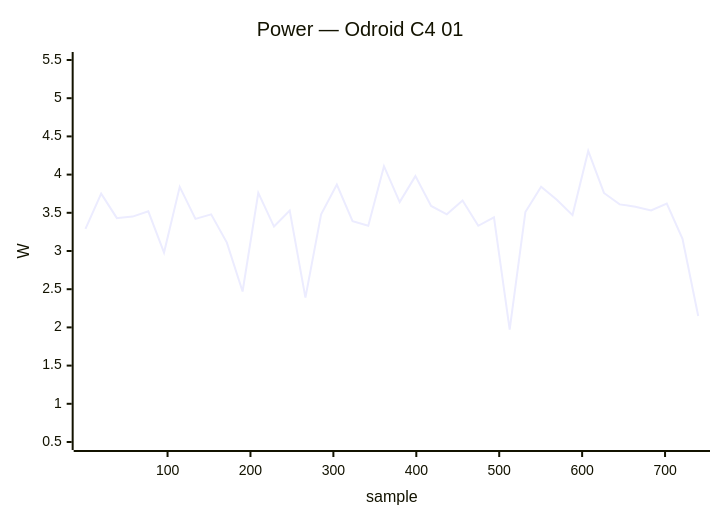
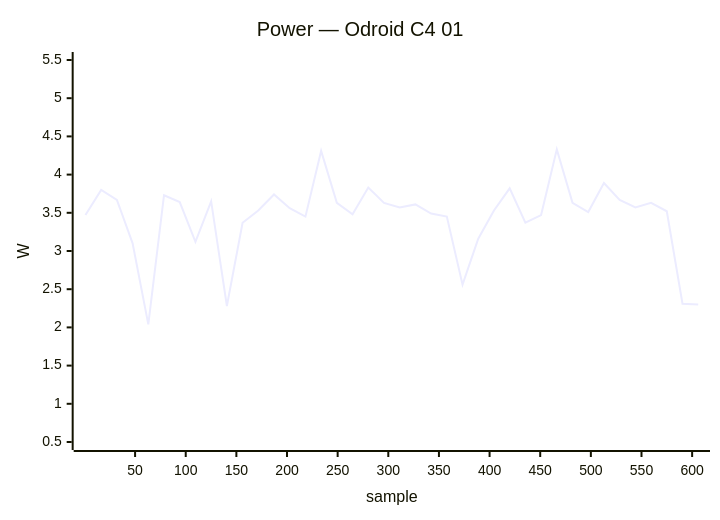
Diagram 22 of 34 in docs/status/board-tests.md (armbian/documentation), drawn with Mermaid before and after one commit. The commit also changed other lines of this file, not shown here.

````diff
--- a/docs/status/board-tests.md
+++ b/docs/status/board-tests.md
@@ -1112,7 +1141,7 @@
 ```mermaid
 xychart-beta
     title "Power — Odroid C4 01"
-    x-axis "sample" 1 --> 740
+    x-axis "sample" 1 --> 606
     y-axis "W" 0.5 --> 5.5
-    line [3.29, 3.75, 3.43, 3.45, 3.52, 2.98, 3.84, 3.42, 3.48, 3.11, 2.47, 3.76, 3.32, 3.53, 2.39, 3.48, 3.87, 3.39, 3.33, 4.11, 3.64, 3.98, 3.59, 3.48, 3.66, 3.33, 3.44, 1.97, 3.51, 3.84, 3.67, 3.47, 4.31, 3.76, 3.61, 3.58, 3.53, 3.62, 3.16, 2.15]
+    line [3.47, 3.80, 3.67, 3.10, 2.04, 3.73, 3.64, 3.12, 3.65, 2.28, 3.37, 3.53, 3.74, 3.56, 3.45, 4.31, 3.63, 3.48, 3.83, 3.63, 3.57, 3.61, 3.49, 3.45, 2.56, 3.16, 3.53, 3.82, 3.37, 3.47, 4.33, 3.63, 3.51, 3.89, 3.67, 3.57, 3.63, 3.52, 2.31, 2.30]
 ```
````
